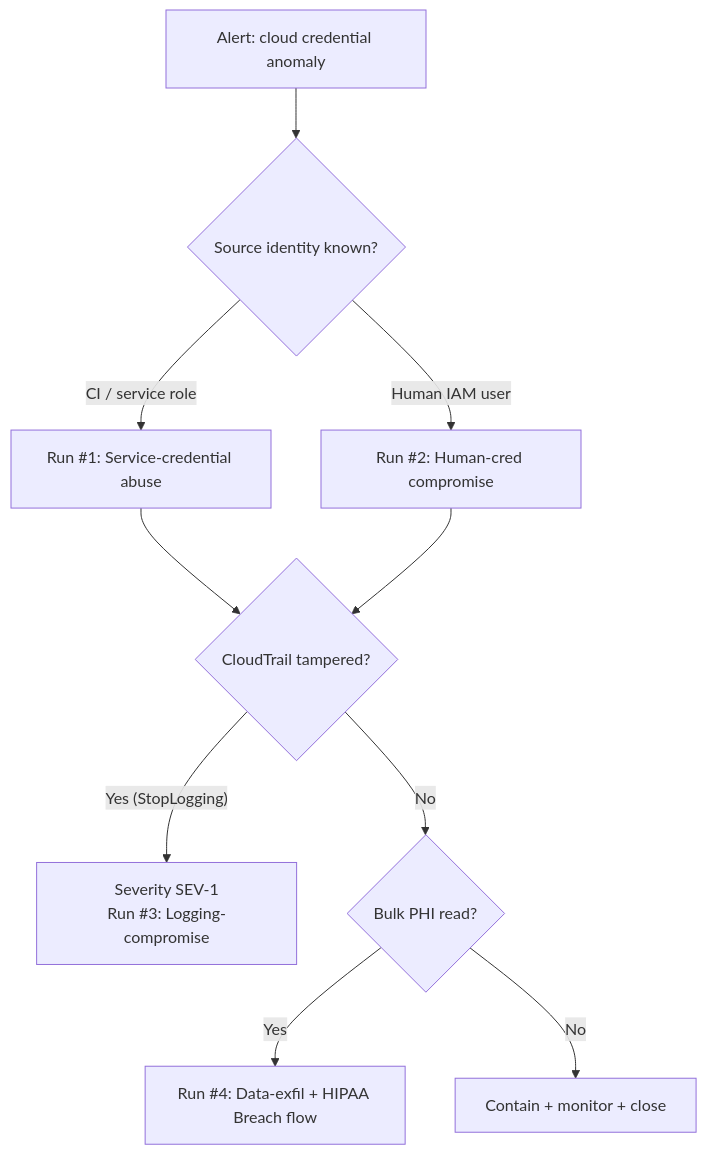
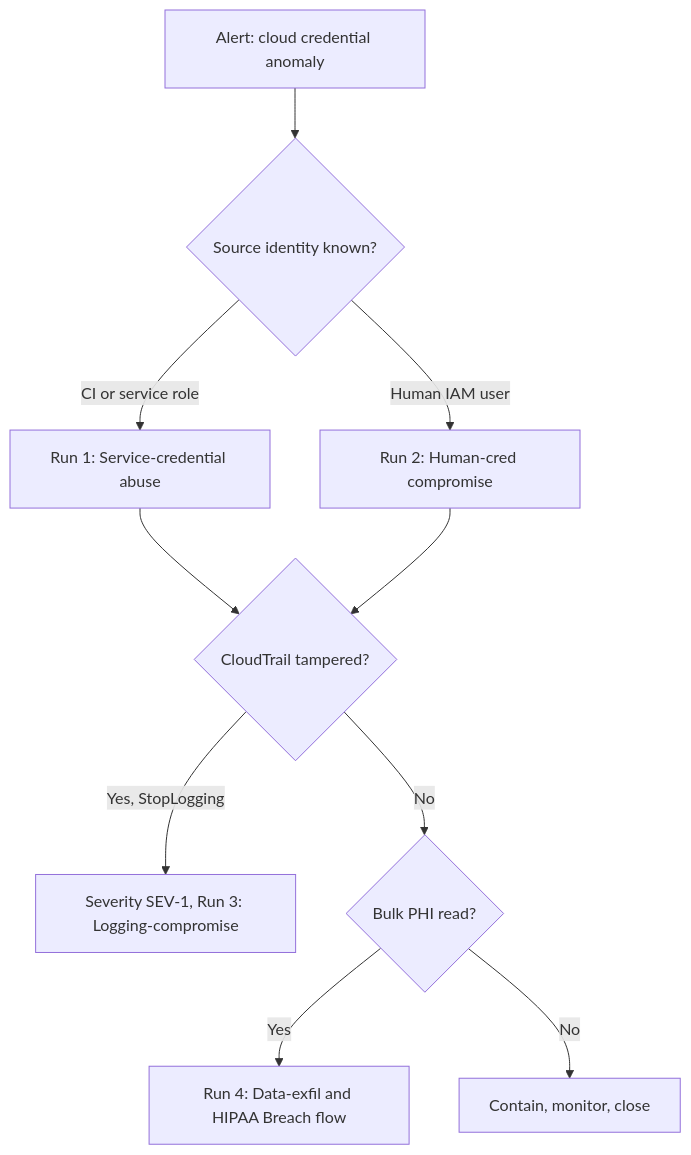
One commit to DhillanC/Thread-Modeling-DCS-CareConnect changed the diagram in Attack Scenario 2/Runbook.md. Above: the diagram before and after it, drawn with Mermaid. The commit also changed 10 other files, not shown here.

First line of the commit message:
fix: make all Mermaid diagrams compatible with GitHub/VSCode preview parser

````diff
--- a/Attack Scenario 2/Runbook.md
+++ b/Attack Scenario 2/Runbook.md
@@ -29,12 +29,12 @@
 ```mermaid
 flowchart TD
-    A[Alert: cloud credential anomaly] --> B{Source identity known?}
-    B -- "CI / service role" --> C[Run #1: Service-credential abuse]
-    B -- "Human IAM user" --> D[Run #2: Human-cred compromise]
-    C --> E{CloudTrail tampered?}
-    D --> E
-    E -- "Yes (StopLogging)" --> F[Severity SEV-1<br/>Run #3: Logging-compromise]
-    E -- "No" --> G{Bulk PHI read?}
-    G -- "Yes" --> H[Run #4: Data-exfil + HIPAA Breach flow]
-    G -- "No" --> I[Contain + monitor + close]
+    Alert[Alert: cloud credential anomaly] --> Q1{Source identity known?}
+    Q1 -->|CI or service role| Run1[Run 1: Service-credential abuse]
+    Q1 -->|Human IAM user| Run2[Run 2: Human-cred compromise]
+    Run1 --> Q2{CloudTrail tampered?}
+    Run2 --> Q2
+    Q2 -->|Yes, StopLogging| Run3[Severity SEV-1, Run 3: Logging-compromise]
+    Q2 -->|No| Q3{Bulk PHI read?}
+    Q3 -->|Yes| Run4[Run 4: Data-exfil and HIPAA Breach flow]
+    Q3 -->|No| Close[Contain, monitor, close]
 ```
````
